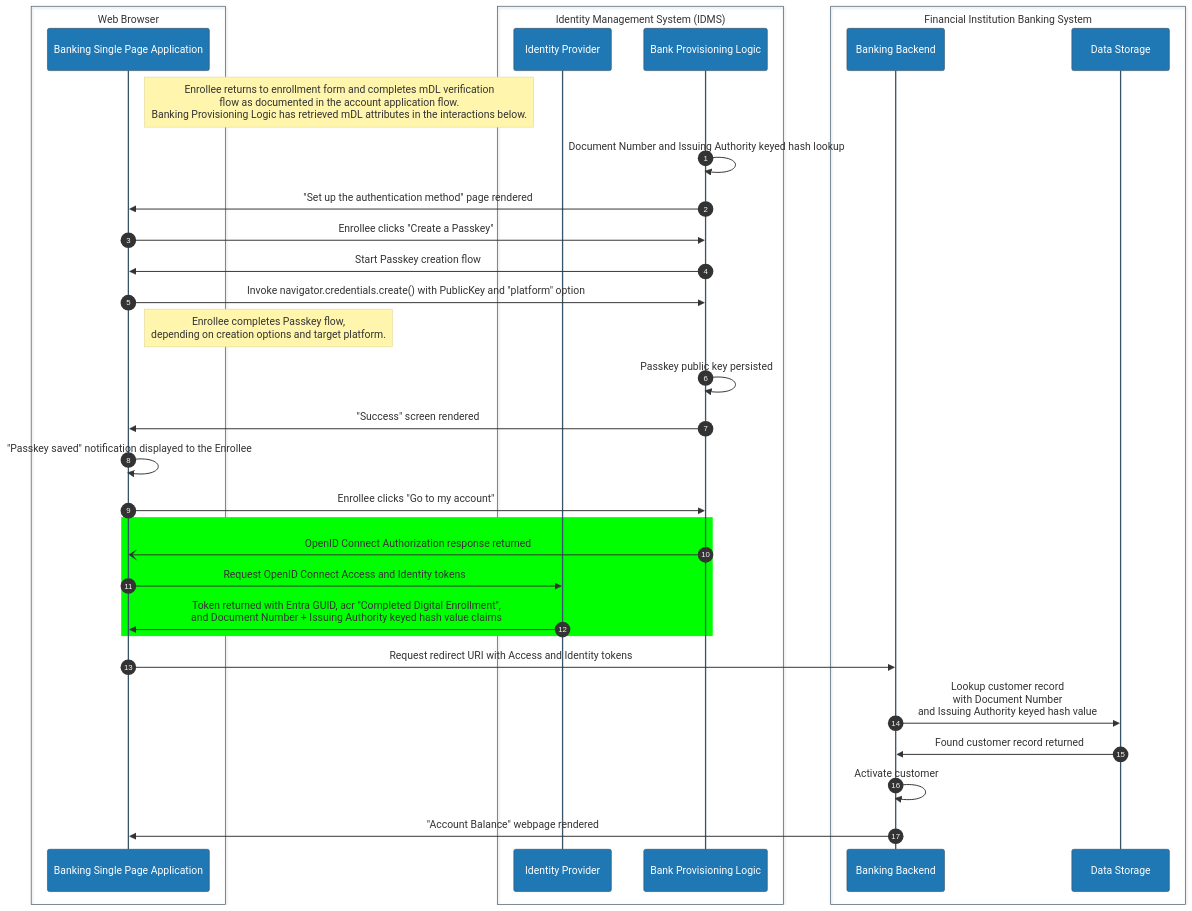
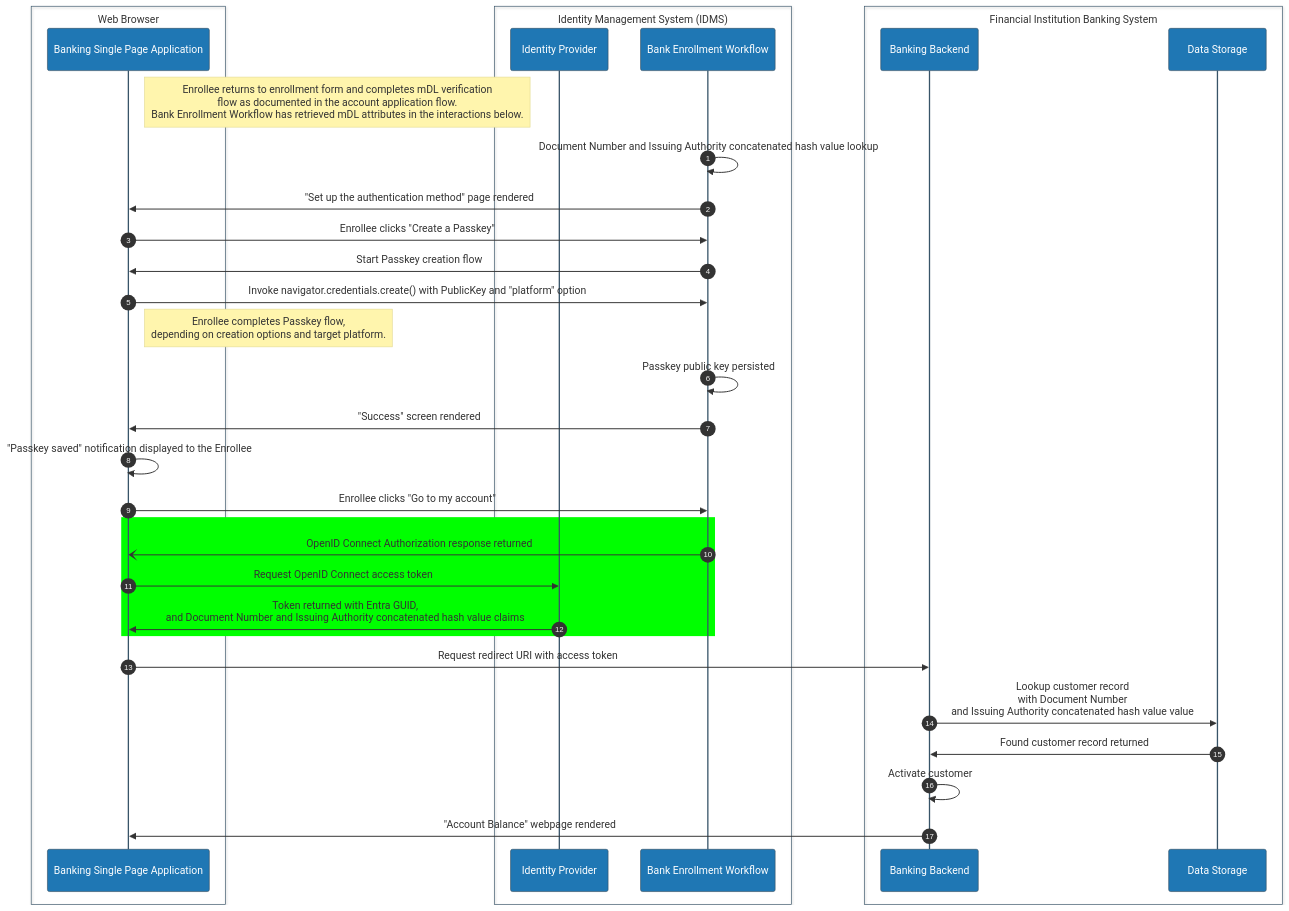
One commit to usnistgov/nccoe-mdl-project-static-website changed the diagram in source/media/cross-device-digital-enrollment-flow-part-2.mmd. Above: the diagram before and after it, drawn with Mermaid. The commit also changed 127 other files, not shown here.

```diff
--- a/source/media/cross-device-digital-enrollment-flow-part-2.mmd
+++ b/source/media/cross-device-digital-enrollment-flow-part-2.mmd
@@ -1,77 +1,77 @@
 %%{init: {"theme": "base", "themeVariables": {"primaryColor": "#1f77b4", "edgeLabelBackground":"#ffffff", "actorTextColor": "#ffffff", "actorBackground": "#2ca02c", "fontSize":"30px"}}}%%
 sequenceDiagram
     autonumber
     box Issuing Authority
     %% participant sor as System of Record
     %%participant iaendpoints as mDL Issuing Endpoints
     end
 
     box Mobile Device
     %%participant wallet as Wallet App
     end
     box Web Browser
     %% participant browser as Digital Credentials API
     %%participant webauthn as Web Authentication API
     participant webapp as Banking Single Page Application
     end
     box Identity Management System (IDMS)
     participant idp as Identity Provider
-    participant bpl as Bank Provisioning Logic
+    participant bpl as Bank Enrollment Workflow
     %%participant sdk as Verifier SDK
     end
     box Financial Institution Banking System
     participant backend as Banking Backend
     %% participant cbs as Core Banking Services
     participant database as Data Storage
-    %%participant bankapi as IDMS Provisioning API
+    %%participant bankapi as Verifier Mediation Service
     %%participant ssn as SSN Validation Service
     end
     box Verifier
     %% participant adminendpoints as Tenant Administration Endpoints
     %%participant verifier as Verifier Endpoints
     end
     box Trust Service
     %% participant dts as Digital Trust Service
     end
 
 
 
 
     %%note over wallet,verifier: ... ↑ ...
-    note right of webapp: Enrollee returns to enrollment form and completes mDL verification<br /> flow as documented in the account application flow. <br />Banking Provisioning Logic has retrieved mDL attributes in the interactions below.
+    note right of webapp: Enrollee returns to enrollment form and completes mDL verification<br /> flow as documented in the account application flow. <br />Bank Enrollment Workflow has retrieved mDL attributes in the interactions below.
     %%note over wallet,verifier: ... ↓ ...
 
-    bpl->>bpl: Document Number and Issuing Authority keyed hash lookup
+    bpl->>bpl: Document Number and Issuing Authority concatenated hash value lookup
 
     bpl->>webapp: "Set up the authentication method" page rendered
     webapp->>bpl: Enrollee clicks "Create a Passkey"
     bpl->>webapp: Start Passkey creation flow
 
     webapp->>bpl: Invoke navigator.credentials.create() with PublicKey and "platform" option
 
     %%note over wallet,verifier: ... ↑ ...
     note right of webapp: Enrollee completes Passkey flow, <br />depending on creation options and target platform.
     %%note over wallet,verifier: ... ↓ ...
 
     bpl->>bpl: Passkey public key persisted
 
     bpl->>webapp: "Success" screen rendered
     webapp->>webapp: "Passkey saved" notification displayed to the Enrollee
     webapp->>bpl: Enrollee clicks "Go to my account"
 
     rect rgb(0,255,0)
     bpl-)webapp: OpenID Connect Authorization response returned
 
-    webapp->>idp: Request OpenID Connect Access and Identity tokens
-    idp->>webapp: Token returned with Entra GUID, acr "Completed Digital Enrollment",<br /> and Document Number + Issuing Authority keyed hash value claims
+    webapp->>idp: Request OpenID Connect access token
+    idp->>webapp: Token returned with Entra GUID,<br /> and Document Number and Issuing Authority concatenated hash value claims
     end
 
-    webapp->>backend: Request redirect URI with Access and Identity tokens
+    webapp->>backend: Request redirect URI with access token
 
 
-    backend->>database: Lookup customer record <br />with Document Number <br /> and Issuing Authority keyed hash value
+    backend->>database: Lookup customer record <br />with Document Number <br /> and Issuing Authority concatenated hash value value
     database->>backend: Found customer record returned
     backend->>backend: Activate customer
 
 
     backend->>webapp: "Account Balance" webpage rendered
```
